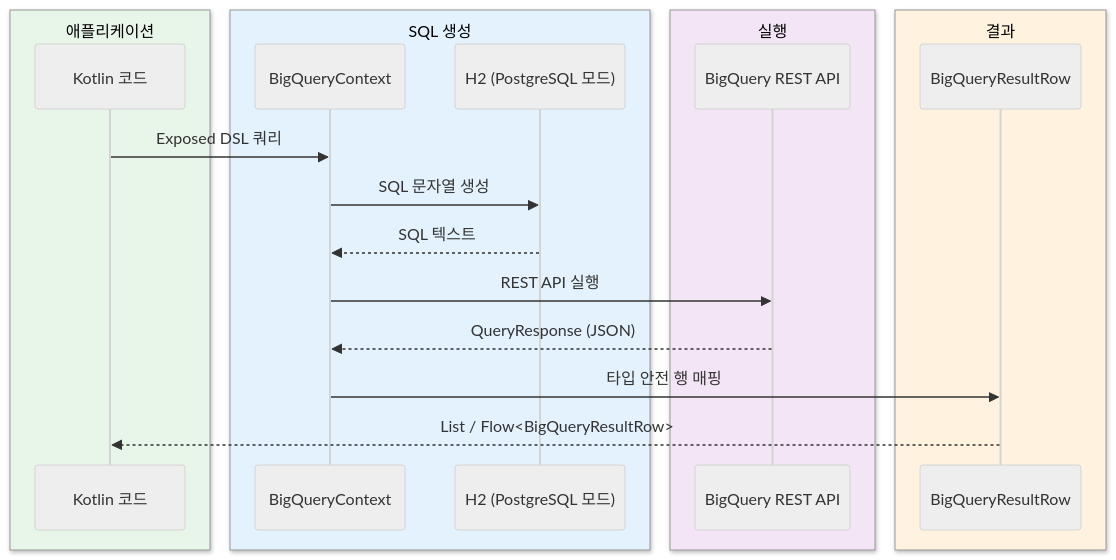
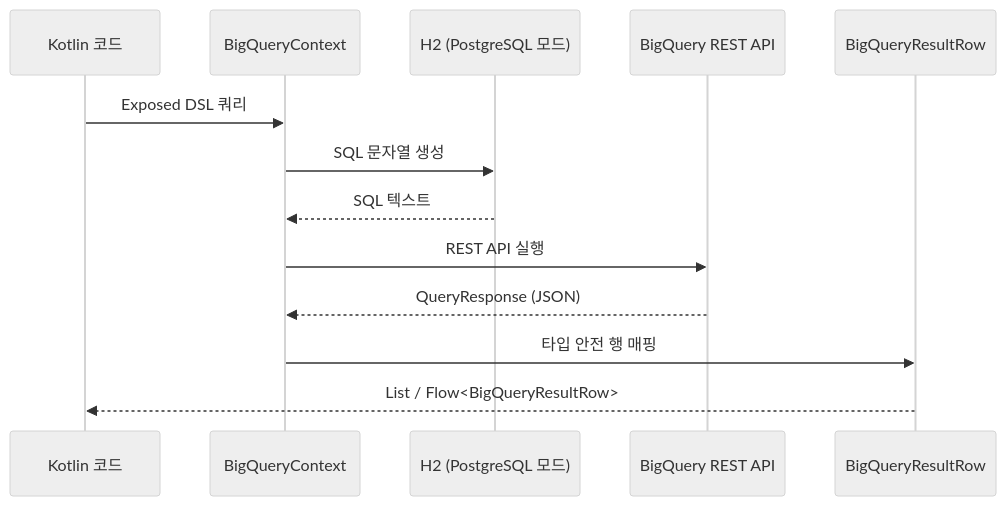
Before and after one commit to bluetape4k/bluetape4k-projects: the second of 2 diagrams in data/exposed-bigquery/README.ko.md, drawn with Mermaid (neutral theme). The commit also changed other lines of this file and 219 other files, not shown here.

First line of the commit message:
docs: 전체 README Mermaid 다이어그램 가이드 적용

````diff
--- a/data/exposed-bigquery/README.ko.md
+++ b/data/exposed-bigquery/README.ko.md
@@ -209,24 +209,16 @@
 ```mermaid
 sequenceDiagram
-    box rgb(232,245,233) 애플리케이션
         participant App as Kotlin 코드
-    end
-    box rgb(227,242,253) SQL 생성
         participant CTX as BigQueryContext
         participant H2 as H2 (PostgreSQL 모드)
-    end
-    box rgb(243,229,245) 실행
         participant BQ as BigQuery REST API
-    end
-    box rgb(255,243,224) 결과
         participant ROW as BigQueryResultRow
-    end
 
     App->>CTX: Exposed DSL 쿼리
     CTX->>H2: SQL 문자열 생성
     H2-->>CTX: SQL 텍스트
     CTX->>BQ: REST API 실행
     BQ-->>CTX: QueryResponse (JSON)
     CTX->>ROW: 타입 안전 행 매핑
     ROW-->>App: List / Flow<BigQueryResultRow>
 ```
````
